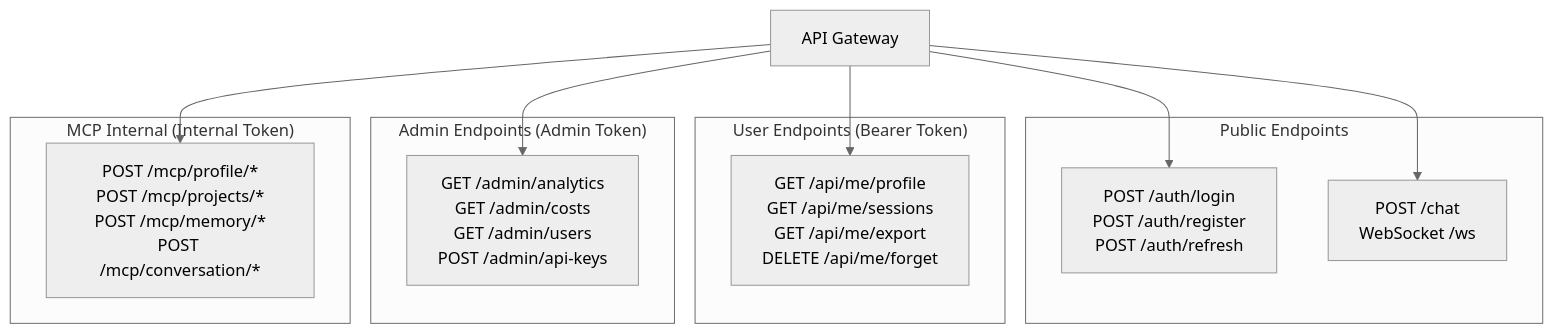
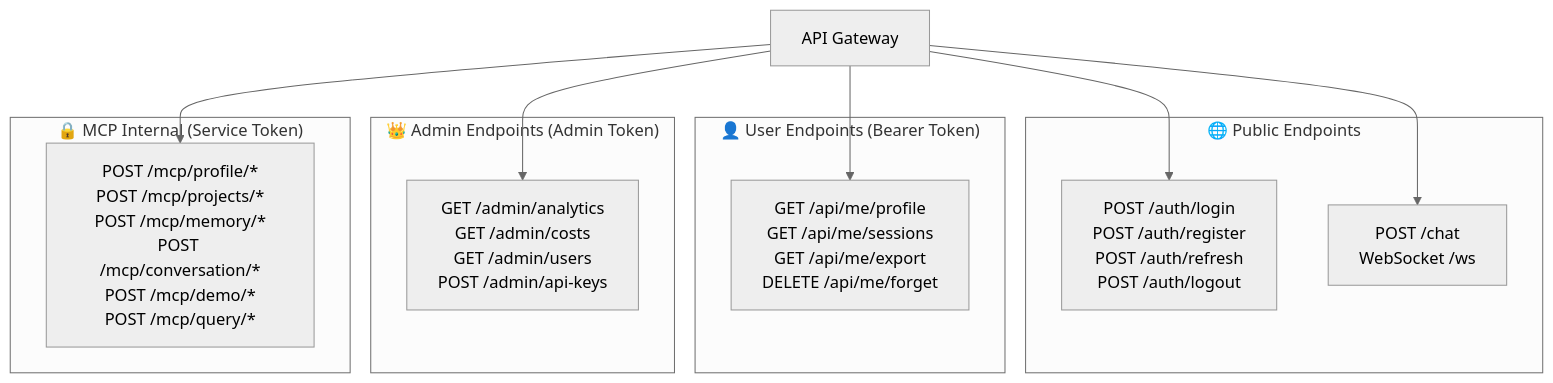
The sixth of 8 diagrams in README.md (LSG-hub/Project-001), drawn with Mermaid (neutral theme) before and after one commit. The commit also changed other lines of this file, not shown here.

````diff
--- a/README.md
+++ b/README.md
@@ -318,25 +405,25 @@
 ```mermaid
 graph TB
-    subgraph "Public Endpoints"
-        Auth[POST /auth/login<br/>POST /auth/register<br/>POST /auth/refresh]
+    subgraph Public["🌐 Public Endpoints"]
+        Auth[POST /auth/login<br/>POST /auth/register<br/>POST /auth/refresh<br/>POST /auth/logout]
         Chat[POST /chat<br/>WebSocket /ws]
     end
     
-    subgraph "User Endpoints (Bearer Token)"
+    subgraph User["👤 User Endpoints (Bearer Token)"]
         UserAPI[GET /api/me/profile<br/>GET /api/me/sessions<br/>GET /api/me/export<br/>DELETE /api/me/forget]
     end
     
-    subgraph "Admin Endpoints (Admin Token)"
+    subgraph Admin["👑 Admin Endpoints (Admin Token)"]
         AdminAPI[GET /admin/analytics<br/>GET /admin/costs<br/>GET /admin/users<br/>POST /admin/api-keys]
     end
     
-    subgraph "MCP Internal (Internal Token)"
-        MCPEndpoints[POST /mcp/profile/*<br/>POST /mcp/projects/*<br/>POST /mcp/memory/*<br/>POST /mcp/conversation/*]
+    subgraph Internal["🔒 MCP Internal (Service Token)"]
+        MCPEndpoints[POST /mcp/profile/*<br/>POST /mcp/projects/*<br/>POST /mcp/memory/*<br/>POST /mcp/conversation/*<br/>POST /mcp/demo/*<br/>POST /mcp/query/*]
     end
     
     Gateway[API Gateway] --> Auth
     Gateway --> Chat
     Gateway --> UserAPI
     Gateway --> AdminAPI
     Gateway --> MCPEndpoints
 ```
````
